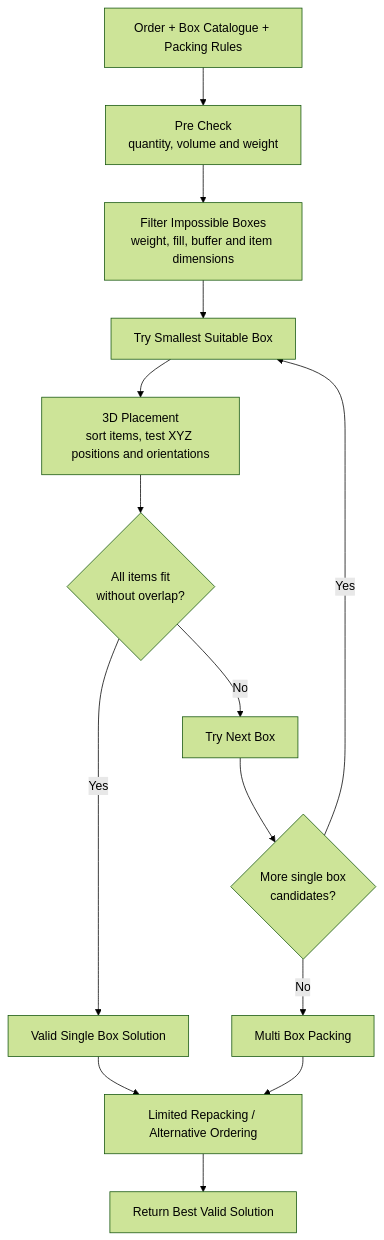
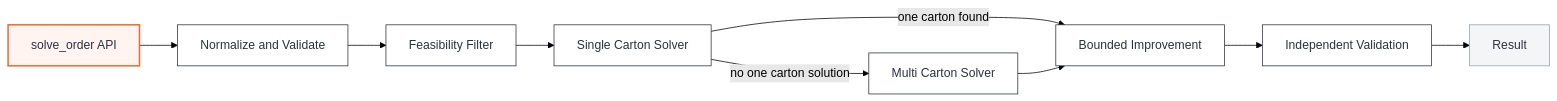
The diagram in README.md (Voycepeh/ihubsolutions-capstone-project), drawn with Mermaid (forest theme) before and after one commit. The commit also changed other lines of this file, not shown here.

Commit message:
docs: align readme to modular solver flow

````diff
--- a/README.md
+++ b/README.md
@@ -19,21 +31,24 @@
 ```mermaid
-flowchart TD
-    A[Order + Box Catalogue + Packing Rules]
-    B[Pre Check<br/>quantity, volume and weight]
-    C[Filter Impossible Boxes<br/>weight, fill, buffer and item dimensions]
-    D[Try Smallest Suitable Box]
-    E[3D Placement<br/>sort items, test XYZ positions and orientations]
-    F{All items fit<br/>without overlap?}
-    G[Valid Single Box Solution]
-    H[Try Next Box]
-    I{More single box<br/>candidates?}
-    J[Multi Box Packing]
-    K[Limited Repacking / Alternative Ordering]
-    L[Return Best Valid Solution]
+flowchart LR
+    A[solve_order API]
+    B[Normalize and Validate]
+    C[Feasibility Filter]
+    D[Single Carton Solver]
+    E[Multi Carton Solver]
+    F[Bounded Improvement]
+    G[Independent Validation]
+    H[Result]
 
-    A --> B --> C --> D --> E --> F
-    F -->|Yes| G --> K --> L
-    F -->|No| H --> I
-    I -->|Yes| D
-    I -->|No| J --> K
+    A --> B --> C --> D
+    D -->|one carton found| F
+    D -->|no one carton solution| E --> F
+    F --> G --> H
+
+    classDef focal fill:#fff4ef,stroke:#eb6c36,stroke-width:2px,color:#2d3142;
+    classDef standard fill:#ffffff,stroke:#2d3142,stroke-width:1px,color:#2d3142;
+    classDef input fill:#f3f5f7,stroke:#9aa1ac,stroke-width:1px,color:#2d3142;
+
+    class A focal;
+    class B,C,D,E,F,G standard;
+    class H input;
 ```
````
